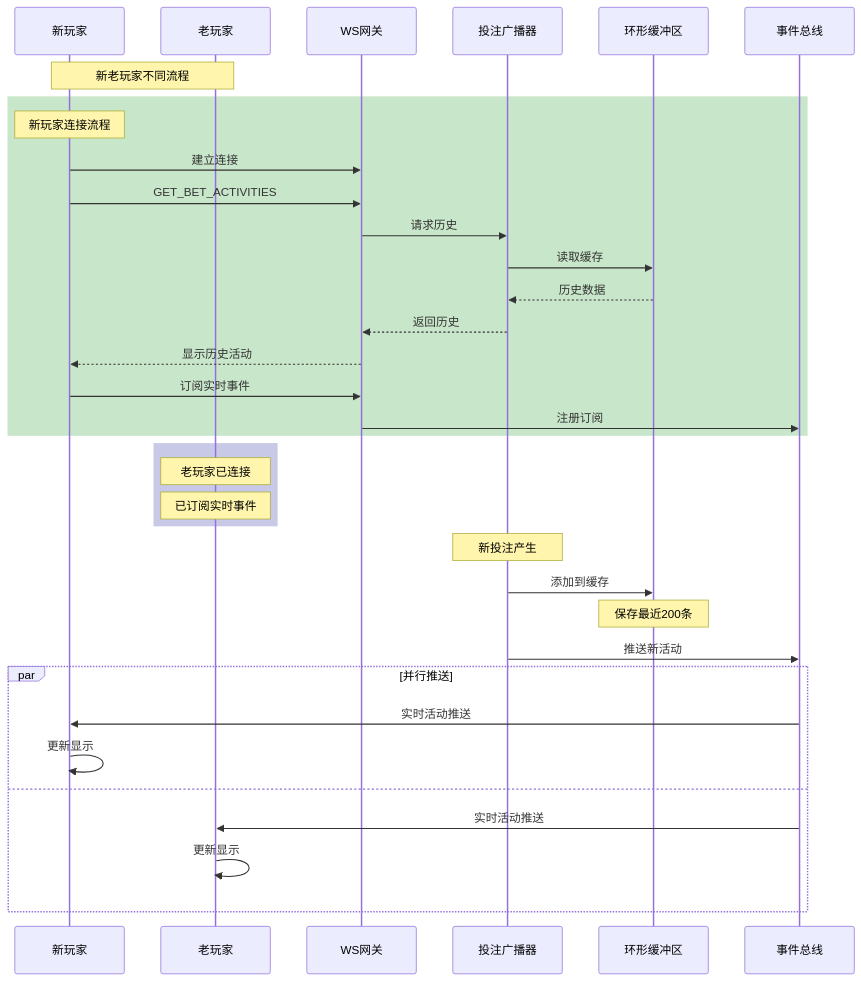
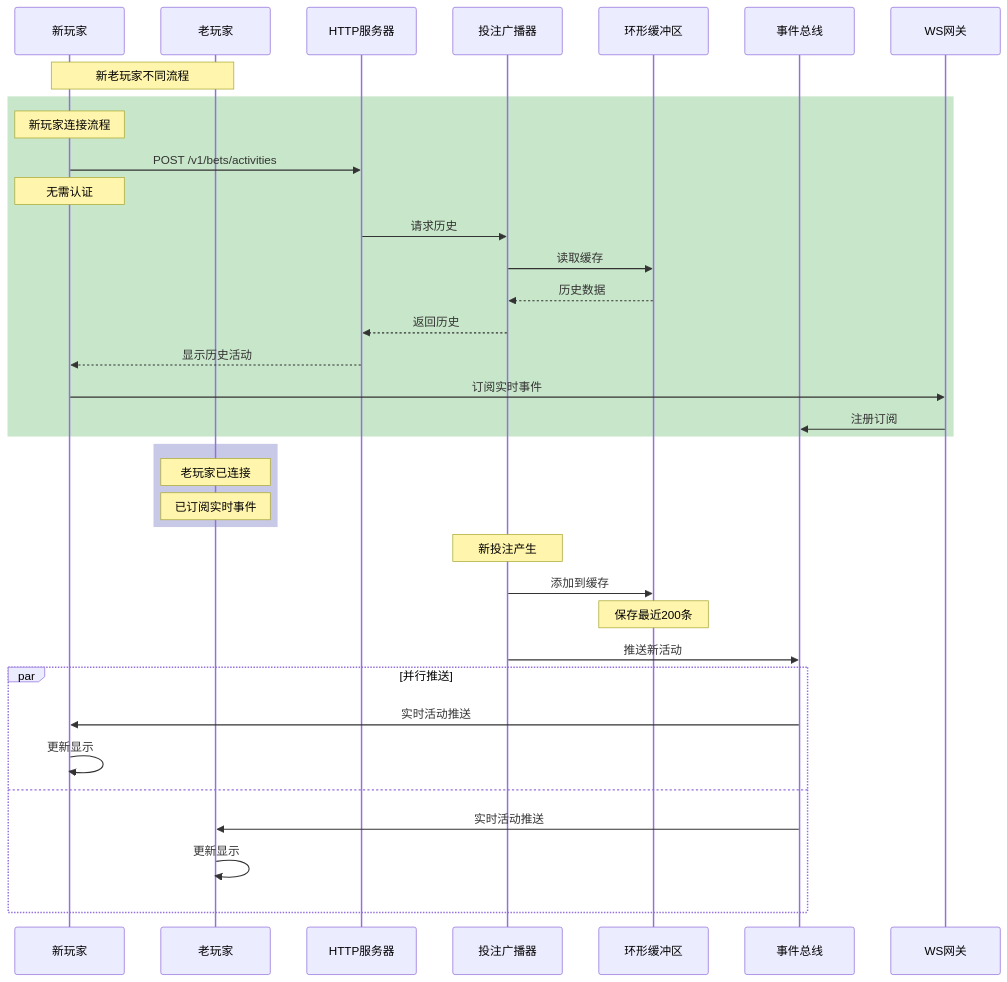
Diagram 23 of 36 in sequence-diagrams-zh.md (infigaming-com/invoker-gh-pages), drawn with Mermaid before and after one commit. The commit also changed other lines of this file and 6 other files, not shown here.

````diff
--- a/sequence-diagrams-zh.md
+++ b/sequence-diagrams-zh.md
@@ -1279,45 +1222,46 @@
 ```mermaid
 sequenceDiagram
     participant NewPlayer as 新玩家
     participant OldPlayer as 老玩家
-    participant WSGateway as WS网关
+    participant HTTPServer as HTTP服务器
     participant BetBroadcaster as 投注广播器
     participant RingBuffer as 环形缓冲区
     participant EventBus as 事件总线
+    participant WSGateway as WS网关
 
     Note over NewPlayer,OldPlayer: 新老玩家不同流程
-    
+
     rect rgb(200, 230, 201)
         Note over NewPlayer: 新玩家连接流程
-        NewPlayer->>WSGateway: 建立连接
-        NewPlayer->>WSGateway: GET_BET_ACTIVITIES
-        WSGateway->>BetBroadcaster: 请求历史
+        NewPlayer->>HTTPServer: POST /v1/bets/activities
+        Note over NewPlayer: 无需认证
+        HTTPServer->>BetBroadcaster: 请求历史
         BetBroadcaster->>RingBuffer: 读取缓存
         RingBuffer-->>BetBroadcaster: 历史数据
-        BetBroadcaster-->>WSGateway: 返回历史
-        WSGateway-->>NewPlayer: 显示历史活动
+        BetBroadcaster-->>HTTPServer: 返回历史
+        HTTPServer-->>NewPlayer: 显示历史活动
         
         NewPlayer->>WSGateway: 订阅实时事件
         WSGateway->>EventBus: 注册订阅
     end
     
     rect rgb(200, 201, 230)
         Note over OldPlayer: 老玩家已连接
         Note over OldPlayer: 已订阅实时事件
     end
     
     Note over BetBroadcaster: 新投注产生
     
     BetBroadcaster->>RingBuffer: 添加到缓存
     Note over RingBuffer: 保存最近200条
     
     BetBroadcaster->>EventBus: 推送新活动
     
     par 并行推送
         EventBus->>NewPlayer: 实时活动推送
         NewPlayer->>NewPlayer: 更新显示
     and
         EventBus->>OldPlayer: 实时活动推送
         OldPlayer->>OldPlayer: 更新显示
     end
 ```
````
